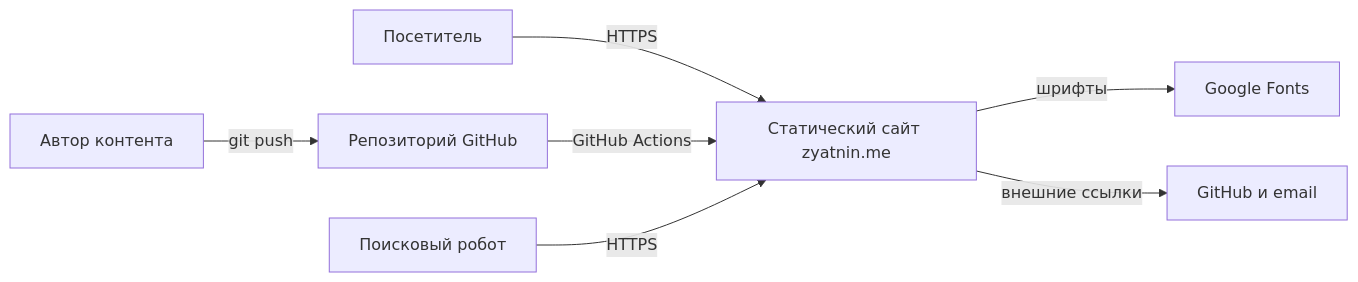
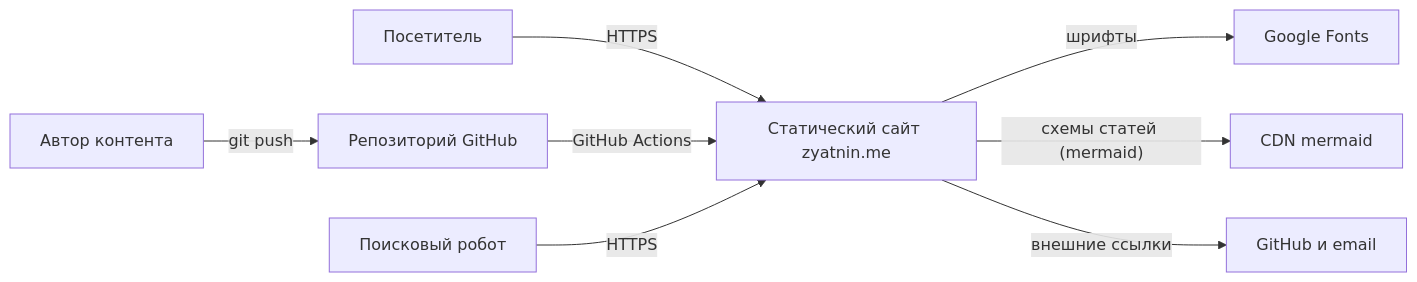
The diagram in docs/SRS.md (maxiller/zyatnin.me), drawn with Mermaid before and after one commit. The commit also changed other lines of this file and 117 other files, not shown here.

First line of the commit message:
feat: localize owner name, mermaid diagrams, SP-01 article and article templates

````diff
--- a/docs/SRS.md
+++ b/docs/SRS.md
@@ -122,9 +122,10 @@
 ```mermaid
 flowchart LR
     VISITOR["Посетитель"] -->|HTTPS| SITE["Статический сайт zyatnin.me"]
     AUTHOR["Автор контента"] -->|git push| REPO["Репозиторий GitHub"]
     REPO -->|GitHub Actions| SITE
     SITE -->|шрифты| FONTS["Google Fonts"]
+    SITE -->|"схемы статей (mermaid)"| MERMAID["CDN mermaid"]
     SITE -->|внешние ссылки| EXT["GitHub и email"]
     CRAWLER["Поисковый робот"] -->|HTTPS| SITE
 ```
````
